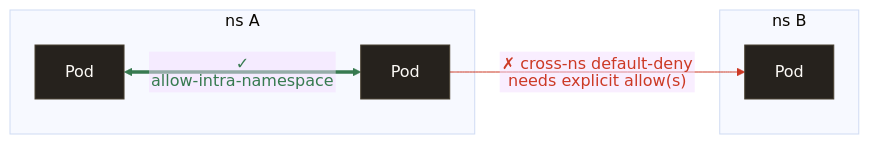
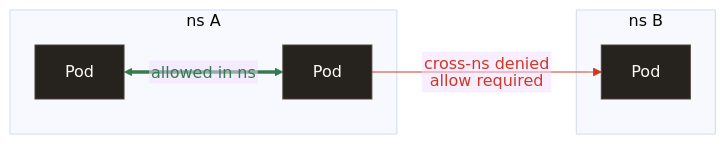
Before and after one commit to yu-min3/kensan-lab: the second of 3 diagrams in kubernetes/network/README.md, drawn with Mermaid (base theme). The commit also changed other lines of this file and 1 other file, not shown here.

Commit message:
docs: Mermaidの矢印ラベルを読みやすくする

````diff
--- a/kubernetes/network/README.md
+++ b/kubernetes/network/README.md
@@ -66,15 +66,15 @@
 ```mermaid
 %%{init: {"flowchart": {"htmlLabels": false}} }%%
 flowchart LR
     subgraph nsA["ns A"]
-        A1[Pod] <==>|"✓ allow-intra-namespace"| A2[Pod]
+        A1[Pod] <==>|"allowed in ns"| A2[Pod]
     end
     subgraph nsB["ns B"]
         B1[Pod]
     end
-    A2 -->|"✗ cross-ns default-deny<br/>needs explicit allow(s)"| B1
+    A2 -->|"cross-ns denied<br/>allow required"| B1
 
     classDef default fill:#26221D,stroke:#4A4232,color:#FCFAF6
     linkStyle 0 stroke:#377A50,color:#377A50
     linkStyle 1 stroke:#CC3925,color:#CC3925
 ```
````
